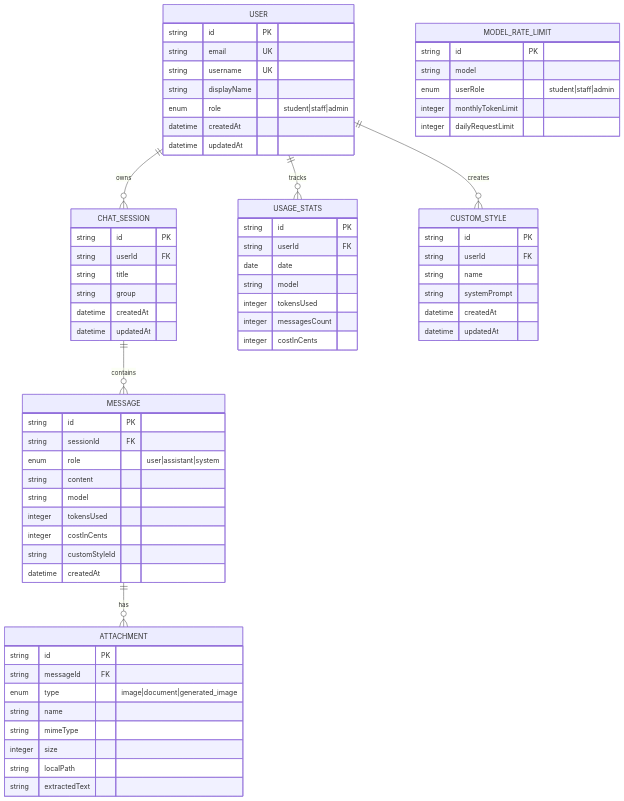
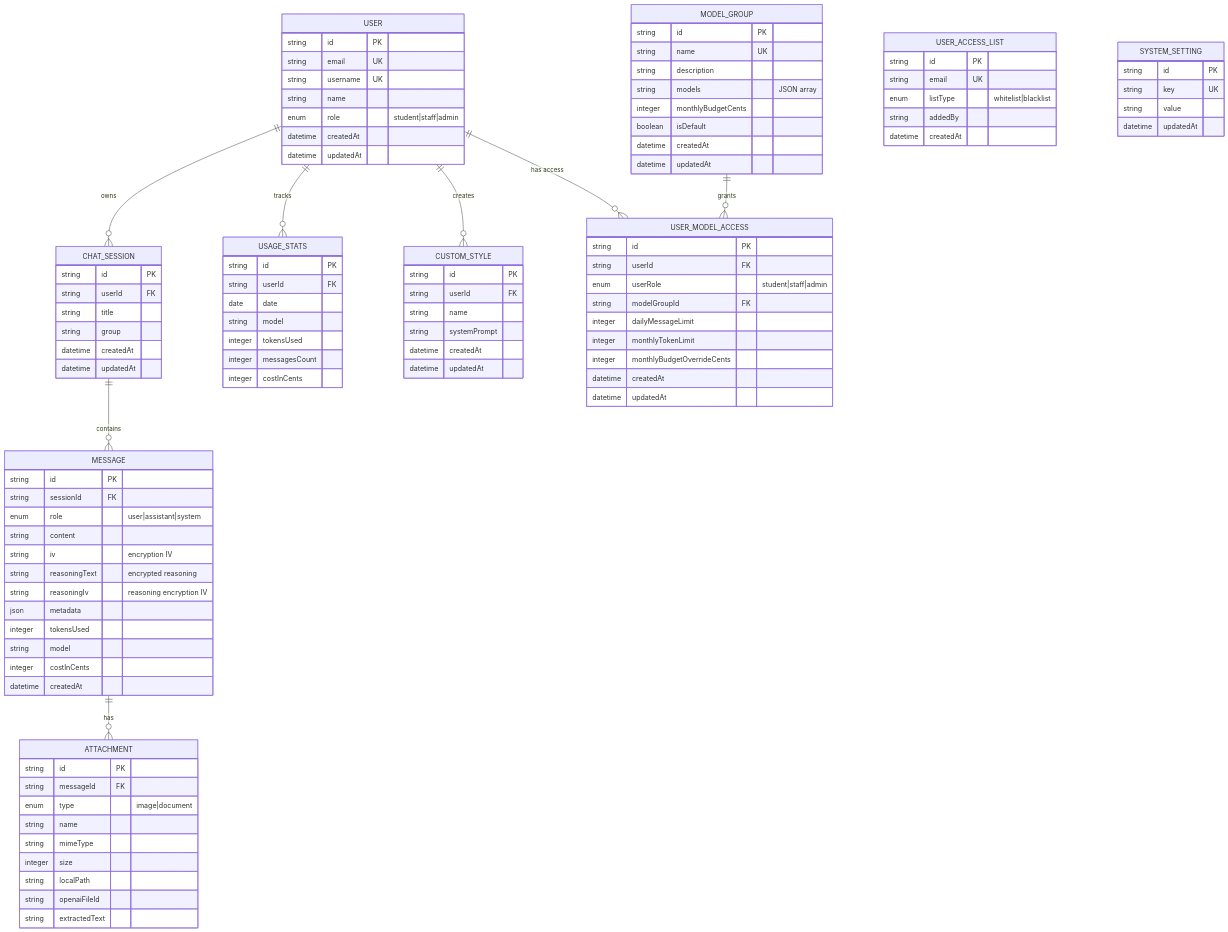
One commit to A4R5H1L/ai-platform-case-study changed the diagram in diagrams/database-schema.md. Above: the diagram before and after it, drawn with Mermaid. The commit also changed other lines of this file and 14 other files, not shown here.

Commit message:
Update docs to reflect pilot production state and latest RoboAI architecture

````diff
--- a/diagrams/database-schema.md
+++ b/diagrams/database-schema.md
@@ -7,14 +7,16 @@
     USER ||--o{ CHAT_SESSION : owns
     USER ||--o{ USAGE_STATS : tracks
     USER ||--o{ CUSTOM_STYLE : creates
+    USER ||--o{ USER_MODEL_ACCESS : "has access"
     CHAT_SESSION ||--o{ MESSAGE : contains
     MESSAGE ||--o{ ATTACHMENT : has
+    MODEL_GROUP ||--o{ USER_MODEL_ACCESS : "grants"
     
     USER {
         string id PK
         string email UK
         string username UK
-        string displayName
+        string name
         enum role "student|staff|admin"
         datetime createdAt
         datetime updatedAt
@@ -34,21 +36,25 @@
         string sessionId FK
         enum role "user|assistant|system"
         string content
+        string iv "encryption IV"
+        string reasoningText "encrypted reasoning"
+        string reasoningIv "reasoning encryption IV"
+        json metadata
+        integer tokensUsed
         string model
-        integer tokensUsed
         integer costInCents
-        string customStyleId
         datetime createdAt
     }
     
     ATTACHMENT {
         string id PK
         string messageId FK
-        enum type "image|document|generated_image"
+        enum type "image|document"
         string name
         string mimeType
         integer size
         string localPath
+        string openaiFileId
         string extractedText
     }
     
@@ -71,11 +77,41 @@
         datetime updatedAt
     }
     
-    MODEL_RATE_LIMIT {
+    MODEL_GROUP {
         string id PK
-        string model
+        string name UK
+        string description
+        string models "JSON array"
+        integer monthlyBudgetCents
+        boolean isDefault
+        datetime createdAt
+        datetime updatedAt
+    }
+    
+    USER_MODEL_ACCESS {
+        string id PK
+        string userId FK
         enum userRole "student|staff|admin"
+        string modelGroupId FK
+        integer dailyMessageLimit
         integer monthlyTokenLimit
-        integer dailyRequestLimit
+        integer monthlyBudgetOverrideCents
+        datetime createdAt
+        datetime updatedAt
+    }
+    
+    USER_ACCESS_LIST {
+        string id PK
+        string email UK
+        enum listType "whitelist|blacklist"
+        string addedBy
+        datetime createdAt
+    }
+    
+    SYSTEM_SETTING {
+        string id PK
+        string key UK
+        string value
+        datetime updatedAt
     }
 ```
````
